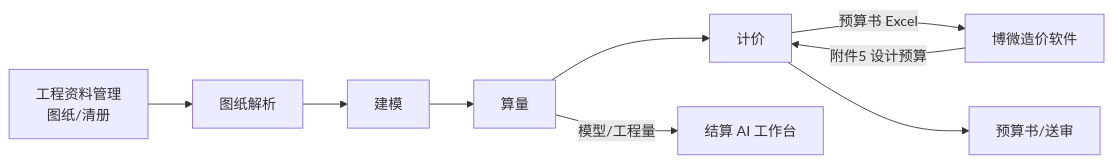
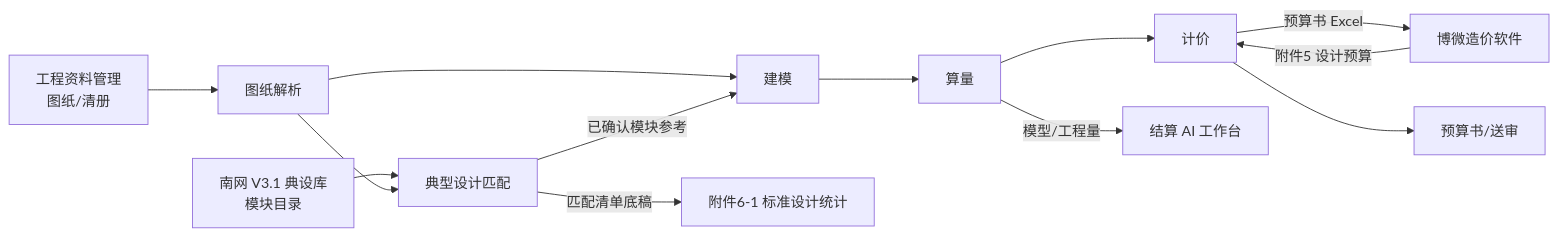
The third of 3 diagrams in docs/design-cost/workflow-design.md (hjm8800/dsh-superagent-prototype), drawn with Mermaid before and after one commit. The commit also changed other lines of this file and 33 other files, not shown here.

````diff
--- a/docs/design-cost/workflow-design.md
+++ b/docs/design-cost/workflow-design.md
@@ -518,8 +645,12 @@
 ```mermaid
 flowchart LR
     ZL[工程资料管理<br/>图纸/清册] --> P1[图纸解析] --> P2[建模] --> P3[算量] --> P4[计价]
+    TD[南网 V3.1 典设库<br/>模块目录] --> TM[典型设计匹配]
+    P1 --> TM
+    TM -->|已确认模块参考| P2
+    TM -->|匹配清单底稿| A61[附件6-1 标准设计统计]
     BW[博微造价软件] -->|附件5 设计预算| P4
     P4 -->|预算书 Excel| BW
     P3 -->|模型/工程量| JS[结算 AI 工作台]
     P4 --> YS[预算书/送审]
 ```
````
